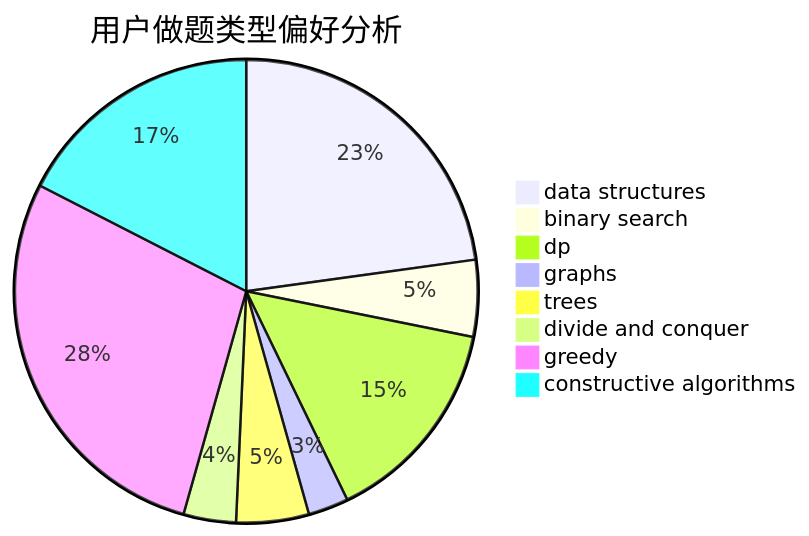
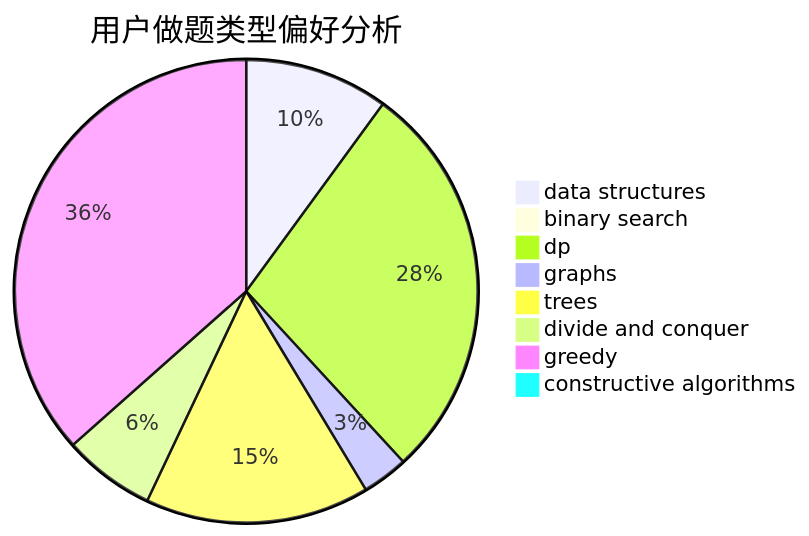
Before and after one commit to sherpahu/cfrs.github.io: the second of 3 diagrams in docs/user/u1627.md, drawn with Mermaid. The commit also changed other lines of this file and 2770 other files, not shown here.

````diff
--- a/docs/user/u1627.md
+++ b/docs/user/u1627.md
@@ -23,11 +23,11 @@
 ```mermaid
 pie title 用户做题类型偏好分析
-    "data structures" :  81
-    "binary search" :  19
-    "dp" :  52
-    "graphs" :  10
-    "trees" :  18
-    "divide and conquer" :  13
-    "greedy" :  100
-    "constructive algorithms" :  62
+    "data structures" :  25
+    "binary search" :  1
+    "dp" :  70
+    "graphs" :  8
+    "trees" :  39
+    "divide and conquer" :  16
+    "greedy" :  91
+    "constructive algorithms" :  2
 ```
````
